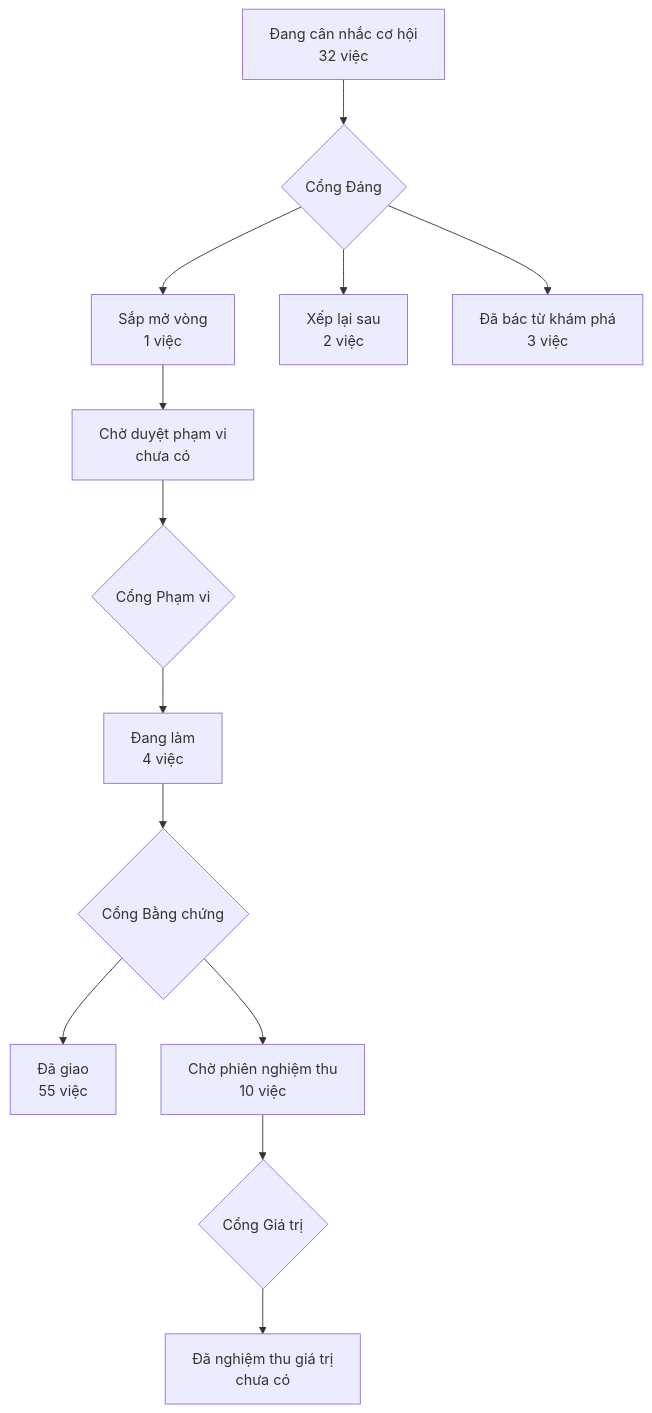
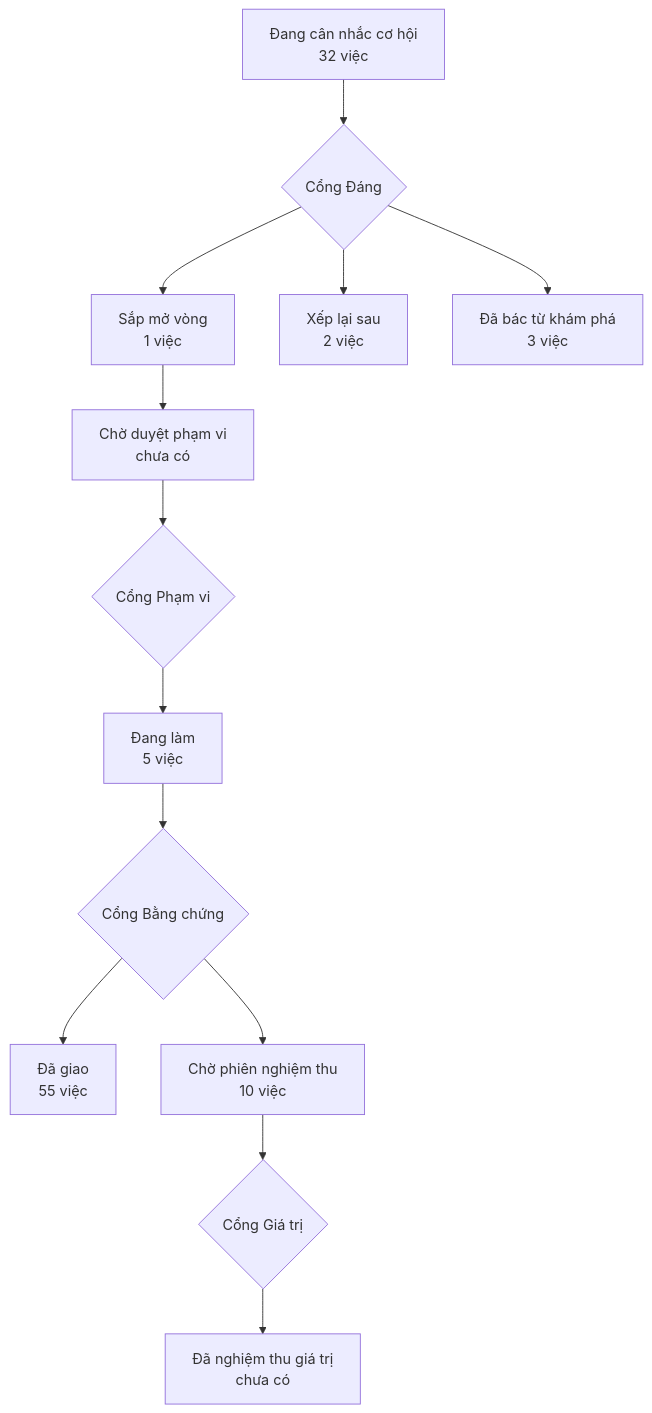
The diagram in PRODUCT-MAP.md (phanlemanh/acceptance-gate-kit), drawn with Mermaid before and after one commit. The commit also changed other lines of this file and 7 other files, not shown here.

````diff
--- a/PRODUCT-MAP.md
+++ b/PRODUCT-MAP.md
@@ -6,12 +6,12 @@
 ```mermaid
 flowchart TD
   A["Đang cân nhắc cơ hội<br/>32 việc"] --> GD{"Cổng Đáng"}
   GD --> B["Sắp mở vòng<br/>1 việc"]
   GD --> XL["Xếp lại sau<br/>2 việc"]
   GD --> DB["Đã bác từ khám phá<br/>3 việc"]
   B --> CD["Chờ duyệt phạm vi<br/>chưa có"] --> GP{"Cổng Phạm vi"}
-  GP --> DL["Đang làm<br/>4 việc"] --> GB{"Cổng Bằng chứng"}
+  GP --> DL["Đang làm<br/>5 việc"] --> GB{"Cổng Bằng chứng"}
   GB --> DG["Đã giao<br/>55 việc"]
   GB --> CN["Chờ phiên nghiệm thu<br/>10 việc"] --> GG{"Cổng Giá trị"}
   GG --> NT["Đã nghiệm thu giá trị<br/>chưa có"]
 ```
````
